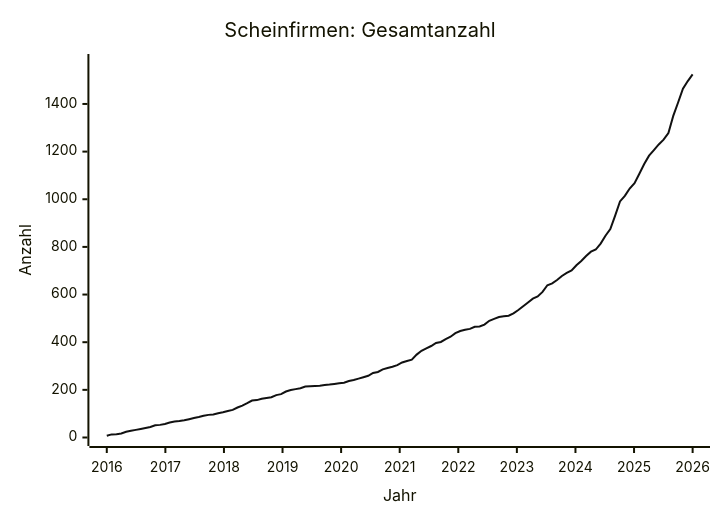
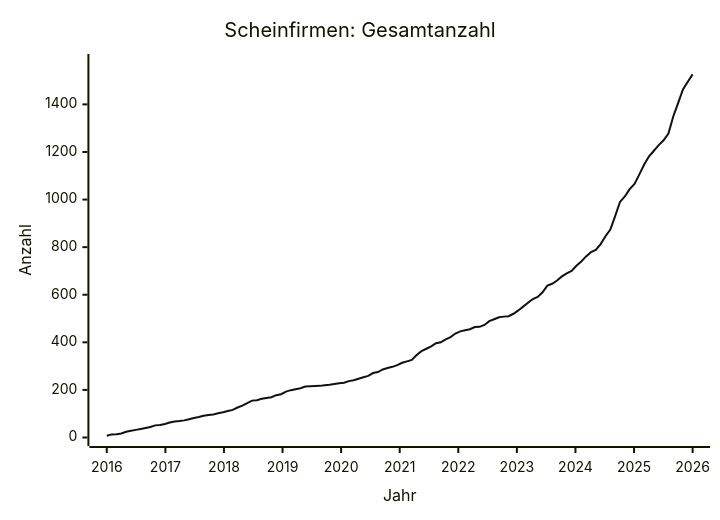
The diagram in data/STATS.md (arjoma/scheinfirmen-at), drawn with Mermaid before and after one commit. The commit also changed other lines of this file and 3 other files, not shown here.

````diff
--- a/data/STATS.md
+++ b/data/STATS.md
@@ -9,13 +9,13 @@
 ```mermaid
 ---
 config:
   themeVariables:
     xyChart:
       plotColorPalette: "#111111"
 ---
 xychart-beta
     title "Scheinfirmen: Gesamtanzahl"
     x-axis "Jahr" 2016 --> 2026
-    y-axis "Anzahl" 0 --> 1574
-    line [7, 13, 14, 17, 24, 28, 32, 36, 40, 44, 51, 53, 57, 63, 67, 69, 72, 77, 82, 86, 91, 95, 97, 102, 106, 111, 116, 126, 134, 144, 155, 157, 163, 166, 169, 178, 182, 193, 199, 203, 207, 214, 215, 216, 217, 220, 222, 225, 228, 230, 237, 241, 247, 253, 259, 271, 275, 286, 292, 297, 304, 315, 321, 327, 348, 364, 374, 384, 397, 401, 413, 423, 438, 447, 452, 456, 465, 466, 474, 490, 498, 506, 509, 511, 521, 535, 551, 567, 583, 592, 611, 639, 647, 661, 678, 691, 701, 723, 741, 762, 780, 789, 814, 847, 875, 931, 991, 1014, 1045, 1067, 1107, 1148, 1183, 1206, 1230, 1250, 1278, 1350, 1406, 1464, 1496, 1524]
+    y-axis "Anzahl" 0 --> 1576
+    line [7, 13, 14, 17, 24, 28, 32, 36, 40, 44, 51, 53, 57, 63, 67, 69, 72, 77, 82, 86, 91, 95, 97, 102, 106, 111, 116, 126, 134, 144, 155, 157, 163, 166, 169, 178, 182, 193, 199, 203, 207, 214, 215, 216, 217, 220, 222, 225, 228, 230, 237, 241, 247, 253, 259, 271, 275, 286, 292, 297, 304, 314, 320, 326, 347, 363, 373, 383, 396, 400, 412, 422, 437, 446, 451, 455, 464, 465, 473, 489, 497, 505, 508, 510, 520, 534, 550, 566, 582, 591, 610, 638, 646, 660, 677, 690, 700, 722, 740, 761, 779, 788, 813, 846, 874, 930, 990, 1013, 1044, 1066, 1106, 1147, 1182, 1205, 1229, 1249, 1277, 1349, 1405, 1463, 1495, 1526]
 ```
````
